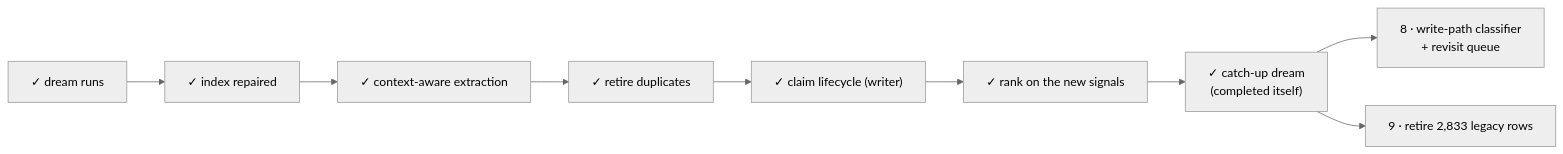
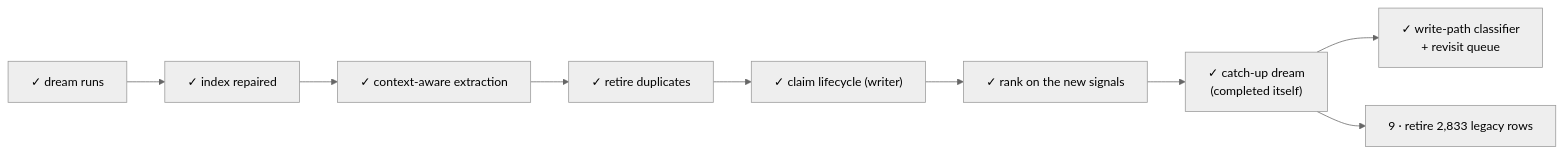
One commit to cyzus/suzent changed the fourth of 4 diagrams in docs/02-concepts/memory/architecture.md. Above: the diagram before and after it, drawn with Mermaid. The commit also changed other lines of this file and 10 other files, not shown here.

````diff
--- a/docs/02-concepts/memory/architecture.md
+++ b/docs/02-concepts/memory/architecture.md
@@ -151,12 +157,12 @@
 ```mermaid
 %%{init: {'theme':'neutral'}}%%
 flowchart LR
     D1["✓ dream runs"] --> D2["✓ index repaired"]
     D2 --> D3["✓ context-aware extraction"]
     D3 --> D4["✓ retire duplicates"]
     D4 --> D5["✓ claim lifecycle (writer)"]
     D5 --> N6["✓ rank on the new signals"]
     N6 --> N7["✓ catch-up dream<br/>(completed itself)"]
-    N7 --> N8["8 · write-path classifier<br/>+ revisit queue"]
+    N7 --> N8["✓ write-path classifier<br/>+ revisit queue"]
     N7 --> N9["9 · retire 2,833 legacy rows"]
 ```
````
